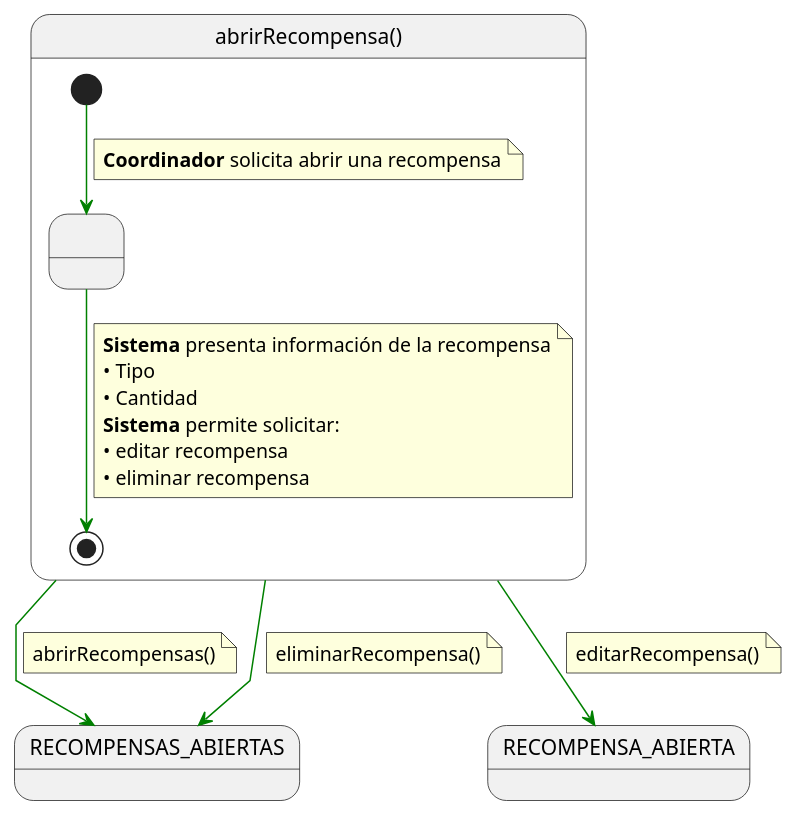
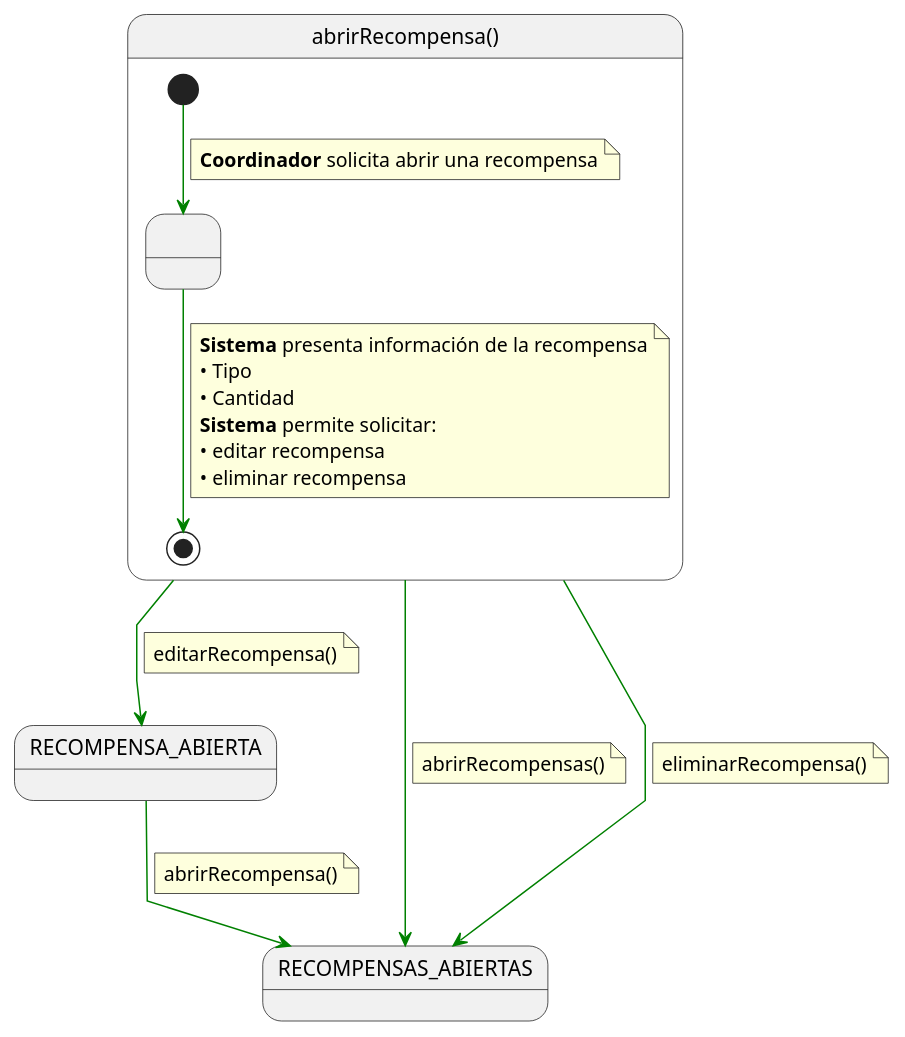
Before and after one commit to 31Diego/25-26-IdSw1-SdR: the diagram in documentación/CasosDeUso/Detalle/Coordinador/09-recompensas/abrirRecompensa.puml, drawn with PlantUML. The commit also changed 95 other files, not shown here.

```diff
--- a/documentación/CasosDeUso/Detalle/Coordinador/09-recompensas/abrirRecompensa.puml
+++ b/documentación/CasosDeUso/Detalle/Coordinador/09-recompensas/abrirRecompensa.puml
@@ -1,40 +1,45 @@
 @startuml abrirRecompensa
 
 skinparam linetype polyline
 
 state abrirRecompensa as "abrirRecompensa()" {
 
     state " " as MostrandoRecompensa
 
     [*] -[#green]-> MostrandoRecompensa
     note on link
     <b>Coordinador</b> solicita abrir una recompensa
     end note
 
     MostrandoRecompensa -[#green]-> [*]
     note on link
     <b>Sistema</b> presenta información de la recompensa
     • Tipo
     • Cantidad
     <b>Sistema</b> permite solicitar:
     • editar recompensa
     • eliminar recompensa
     end note
 }
 
+RECOMPENSA_ABIERTA -[#green]-> RECOMPENSAS_ABIERTAS
+note on link
+abrirRecompensa()
+end note
+
 abrirRecompensa -[#green]-> RECOMPENSAS_ABIERTAS
 note on link
 abrirRecompensas()
 end note
 
 abrirRecompensa -[#green]-> RECOMPENSAS_ABIERTAS
 note on link
 eliminarRecompensa()
 end note
 
 abrirRecompensa -[#green]-> RECOMPENSA_ABIERTA
 note on link
 editarRecompensa()
 end note
 
 @enduml
```
